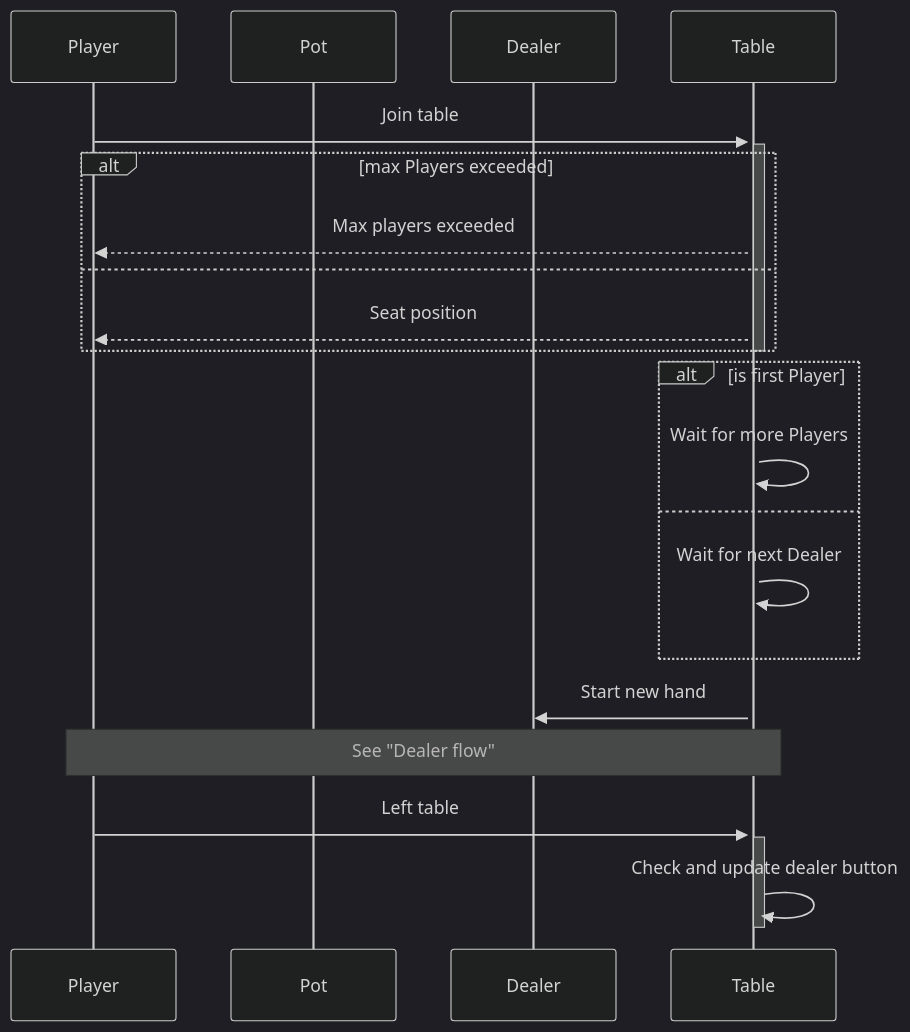
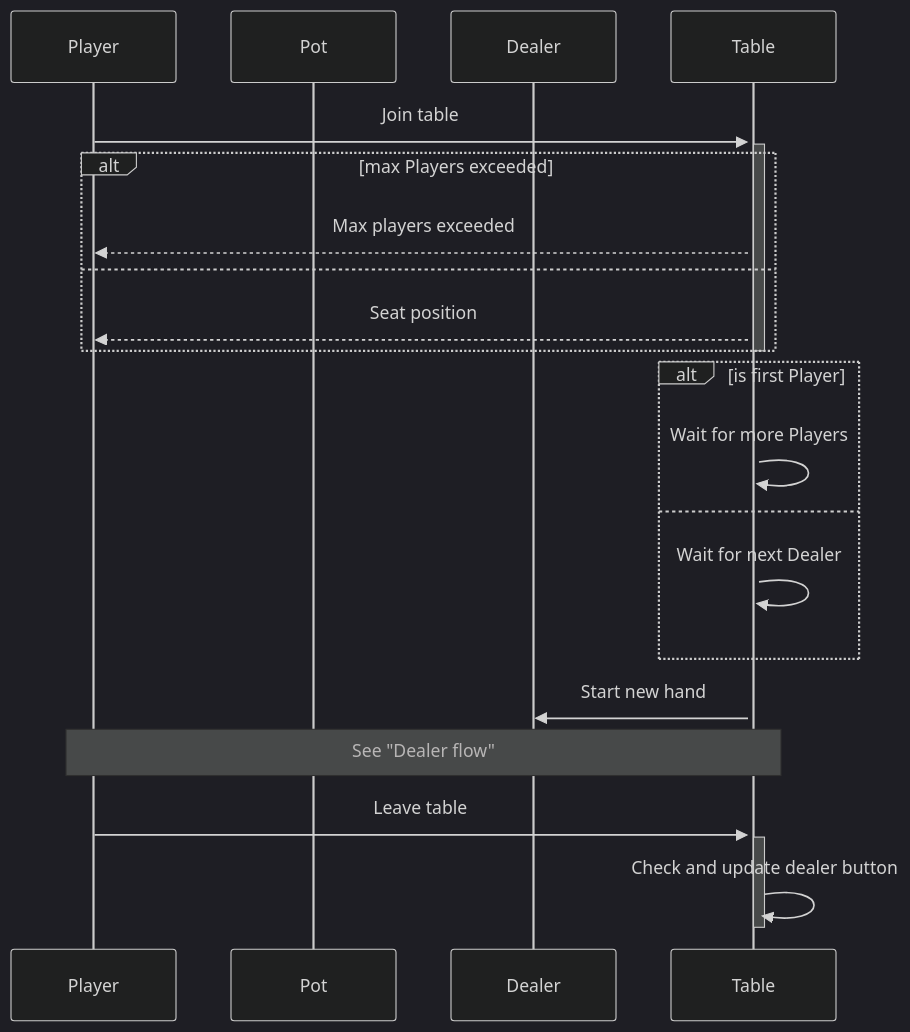
One commit to ethan605/goker changed the first of 5 diagrams in docs/FLOWS.mermaid.md. Above: the diagram before and after it, drawn with Mermaid (dark theme). The commit also changed 1 other file, not shown here.

Commit message:
Update FLOWS

````diff
--- a/docs/FLOWS.mermaid.md
+++ b/docs/FLOWS.mermaid.md
@@ -11,29 +11,29 @@
 ```mermaid
 sequenceDiagram
     participant Player
     participant Pot
     participant Dealer
     participant Table
 
     Player->>+Table: Join table
 
     activate Table
     alt max Players exceeded
         Table-->>Player: Max players exceeded
     else
         Table-->>Player: Seat position
     end
     deactivate Table
 
     alt is first Player
         Table->>Table: Wait for more Players
     else 
         Table->>Table: Wait for next Dealer
     end
 
     Table->>Dealer: Start new hand
     Note over Player,Table: See "Dealer flow"
 
-    Player->>+Table: Left table
+    Player->>+Table: Leave table
     Table->>-Table: Check and update dealer button
 ```
````
